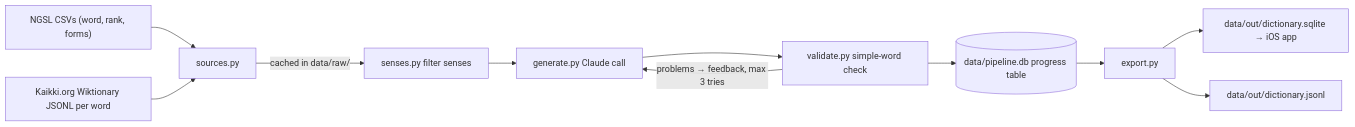
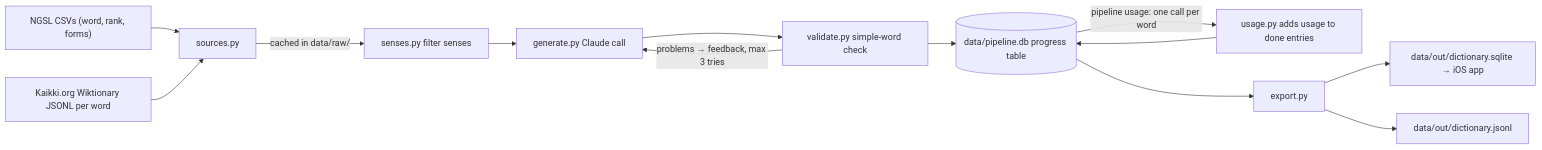
The first of 4 diagrams in backlog/docs/features/doc-6 - Dictionary-pipeline.md (tranphuocloc070699/saynata), drawn with Mermaid before and after one commit. The commit also changed other lines of this file and 19 other files, not shown here.

````diff
--- a/backlog/docs/features/doc-6 - Dictionary-pipeline.md
+++ b/backlog/docs/features/doc-6 - Dictionary-pipeline.md
@@ -20,13 +20,15 @@
 ```mermaid
 flowchart LR
     NGSL["NGSL CSVs (word, rank, forms)"] --> SRC[sources.py]
     KK["Kaikki.org Wiktionary JSONL per word"] --> SRC
     SRC -->|cached in data/raw/| SEN[senses.py filter senses]
     SEN --> GEN[generate.py Claude call]
     GEN --> VAL[validate.py simple-word check]
     VAL -->|problems → feedback, max 3 tries| GEN
     VAL --> ST[(data/pipeline.db progress table)]
+    ST -->|"pipeline usage: one call per word"| USE[usage.py adds usage to done entries]
+    USE --> ST
     ST --> EXP[export.py]
     EXP --> OUT1[data/out/dictionary.sqlite → iOS app]
     EXP --> OUT2[data/out/dictionary.jsonl]
 ```
````
